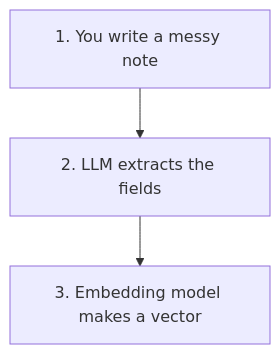
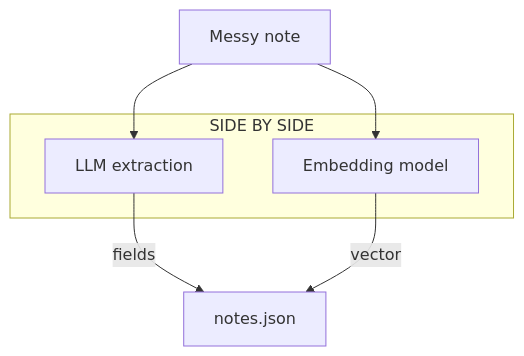
Before and after one commit to sabrahermassi/injury-journal-ai-agent: the second of 3 diagrams in docs/test.md, drawn with Mermaid. The commit also changed other lines of this file, not shown here.

````diff
--- a/docs/test.md
+++ b/docs/test.md
@@ -5,5 +13,16 @@
 ```mermaid
-flowchart TD
-    A["1. You write a messy note"] --> B["2. LLM extracts the fields"]
-    B --> C["3. Embedding model makes a vector"]
+flowchart TB
+    N["Messy note"]
+
+    subgraph BOTH["SIDE BY SIDE"]
+        E["LLM extraction"]
+        V["Embedding model"]
+    end
+
+    S["notes.json"]
+
+    N --> E
+    N --> V
+    E -->|fields| S
+    V -->|vector| S
 ```
````
